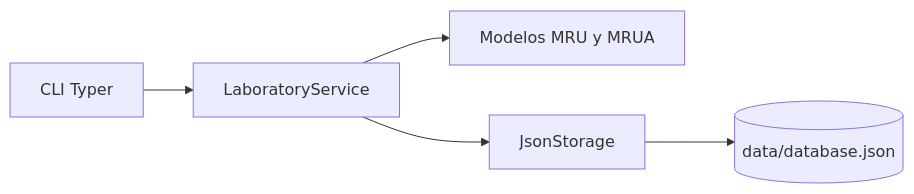
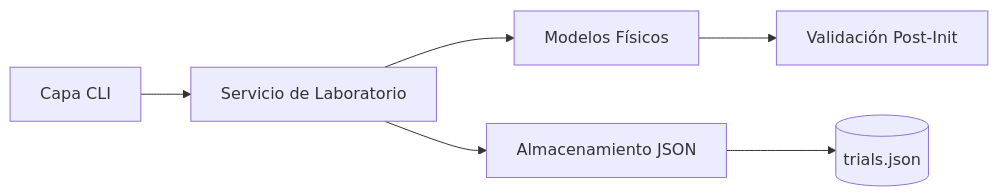
The first of 2 diagrams in docs/index.md (SamSof28/physilab-project), drawn with Mermaid before and after one commit. The commit also changed other lines of this file, not shown here.

Commit message:
Enhance documentation in index.md: expand project description, clarify features, and improve architecture overview

````diff
--- a/docs/index.md
+++ b/docs/index.md
@@ -33,13 +23,9 @@
 ```mermaid
 flowchart LR
-    CLI[CLI Typer]
-    SVC[LaboratoryService]
-    MOD[Modelos MRU y MRUA]
-    STO[JsonStorage]
-    DB[(data/database.json)]
+    CLI[Capa CLI] --> Service[Servicio de Laboratorio]
+    Service --> Models[Modelos Físicos]
+    Service --> Storage[Almacenamiento JSON]
+    Models --> Validation[Validación Post-Init]
+    Storage --> JSON[(trials.json)]
 
-    CLI --> SVC
-    SVC --> MOD
-    SVC --> STO
-    STO --> DB
 ```
````
